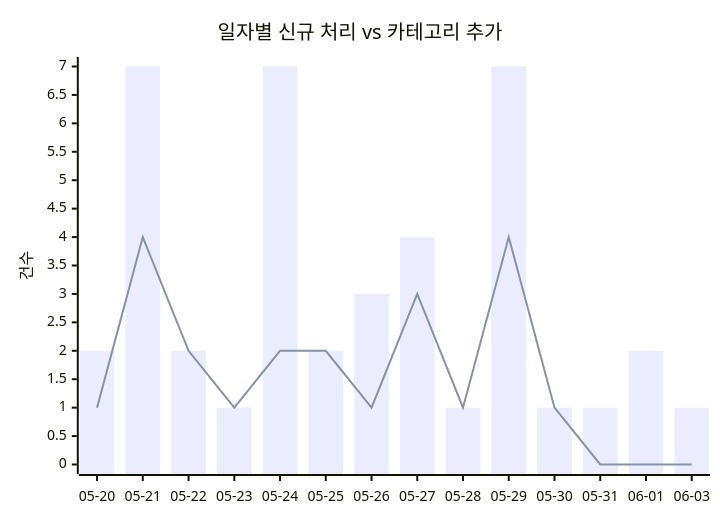
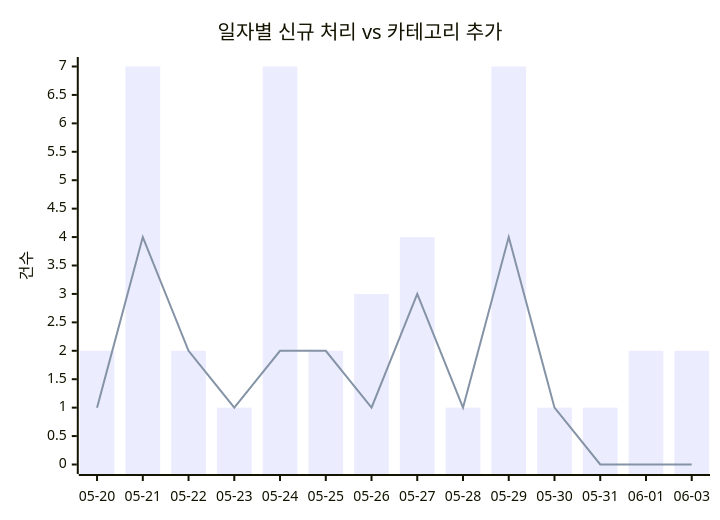
One commit to J-nowcow/awesome-korean-agent-skills changed the first of 2 diagrams in docs/trends.md. Above: the diagram before and after it, drawn with Mermaid. The commit also changed other lines of this file and 2 other files, not shown here.

````diff
--- a/docs/trends.md
+++ b/docs/trends.md
@@ -32,8 +32,8 @@
 ```mermaid
 xychart-beta
     title "일자별 신규 처리 vs 카테고리 추가"
     x-axis ["05-20","05-21","05-22","05-23","05-24","05-25","05-26","05-27","05-28","05-29","05-30","05-31","06-01","06-03"]
     y-axis "건수"
-    bar [2,7,2,1,7,2,3,4,1,7,1,1,2,1]
+    bar [2,7,2,1,7,2,3,4,1,7,1,1,2,2]
     line [1,4,2,1,2,2,1,3,1,4,1,0,0,0]
 ```
````
